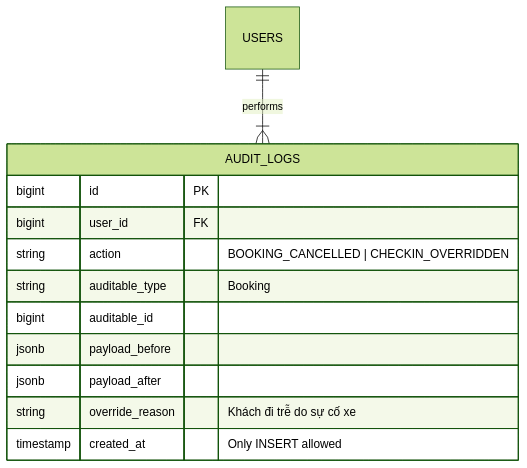
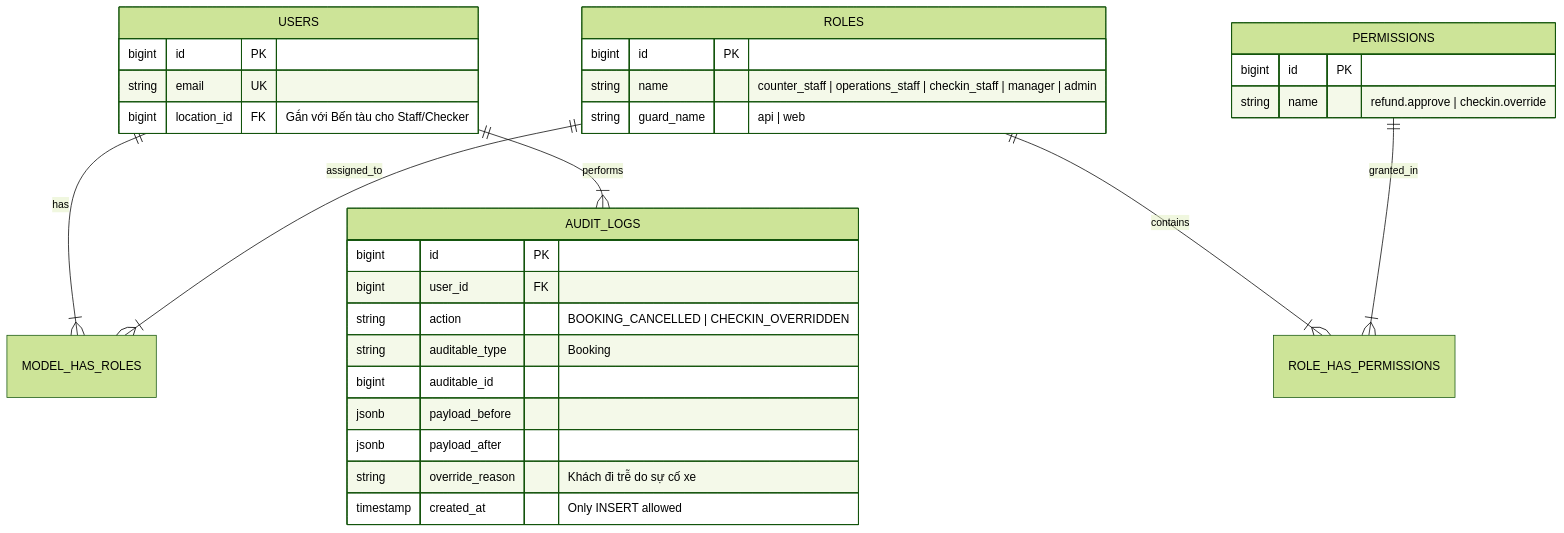
Before and after one commit to tomone2kd000-ux/superdong-booking-system: the diagram in content/docs/chuong-06-van-hanh-ca-ban-ve-audit-va-cronjob/03-rbac-station-scoped-va-audit-log-append-only.mdx, drawn with Mermaid (forest theme). The commit also changed other lines of this file and 1 other file, not shown here.

Commit message:
fix: align Actor mapping with Spatie RBAC package, GUEST user_id=null, and official Spatie roles

````diff
--- a/content/docs/chuong-06-van-hanh-ca-ban-ve-audit-va-cronjob/03-rbac-station-scoped-va-audit-log-append-only.mdx
+++ b/content/docs/chuong-06-van-hanh-ca-ban-ve-audit-va-cronjob/03-rbac-station-scoped-va-audit-log-append-only.mdx
@@ -35,16 +40,37 @@
 ```mermaid
 erDiagram
+    USERS ||--|{ MODEL_HAS_ROLES : has
+    ROLES ||--|{ MODEL_HAS_ROLES : assigned_to
+    ROLES ||--|{ ROLE_HAS_PERMISSIONS : contains
+    PERMISSIONS ||--|{ ROLE_HAS_PERMISSIONS : granted_in
     USERS ||--|{ AUDIT_LOGS : performs
+
+    USERS {
+        bigint id PK
+        string email UK
+        bigint location_id FK "Gắn với Bến tàu cho Staff/Checker"
+    }
+
+    ROLES {
+        bigint id PK
+        string name "counter_staff | operations_staff | checkin_staff | manager | admin"
+        string guard_name "api | web"
+    }
+
+    PERMISSIONS {
+        bigint id PK
+        string name "refund.approve | checkin.override"
+    }
 
     AUDIT_LOGS {
         bigint id PK
         bigint user_id FK
         string action "BOOKING_CANCELLED | CHECKIN_OVERRIDDEN"
         string auditable_type "Booking"
         bigint auditable_id
         jsonb payload_before
         jsonb payload_after
         string override_reason "Khách đi trễ do sự cố xe"
         timestamp created_at "Only INSERT allowed"
     }
 ```
````
